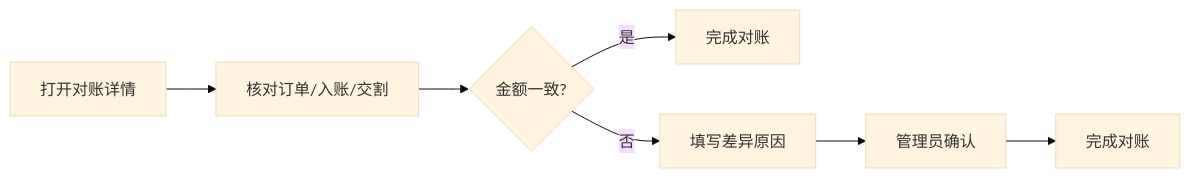
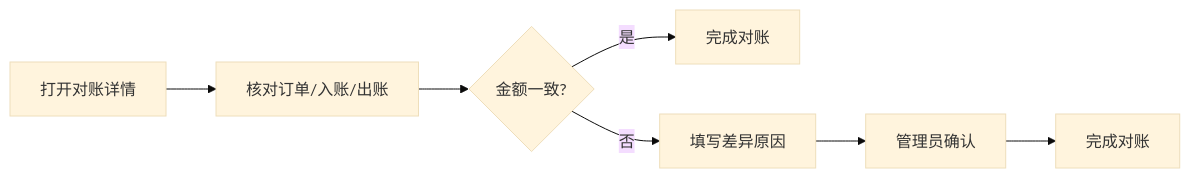
The ninth of 9 diagrams in vietnam/vietnam-otc-system-prd-v1.md (xiaoxiaoangie/EX-NEW), drawn with Mermaid (base theme) before and after one commit. The commit also changed other lines of this file and 7 other files, not shown here.

````diff
--- a/vietnam/vietnam-otc-system-prd-v1.md
+++ b/vietnam/vietnam-otc-system-prd-v1.md
@@ -2100,9 +2081,9 @@
 ```mermaid
 flowchart LR
-    AM["打开对账详情"] --> AN["核对订单/入账/交割"]
+    AM["打开对账详情"] --> AN["核对订单/入账/出账"]
     AN --> AO{"金额一致?"}
     AO -->|"是"| AP["完成对账"]
     AO -->|"否"| AQ["填写差异原因"]
     AQ --> AR["管理员确认"]
     AR --> AS["完成对账"]
 ```
````
